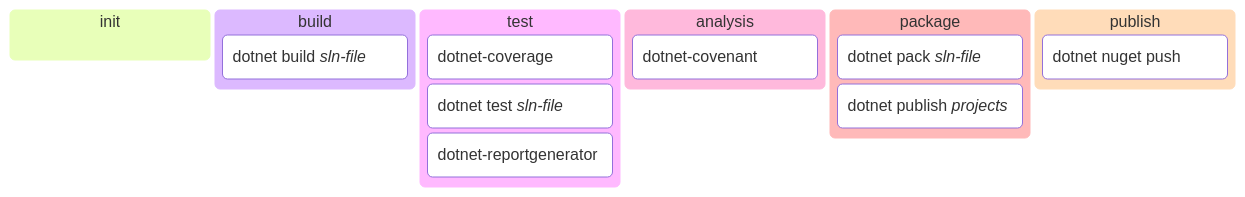
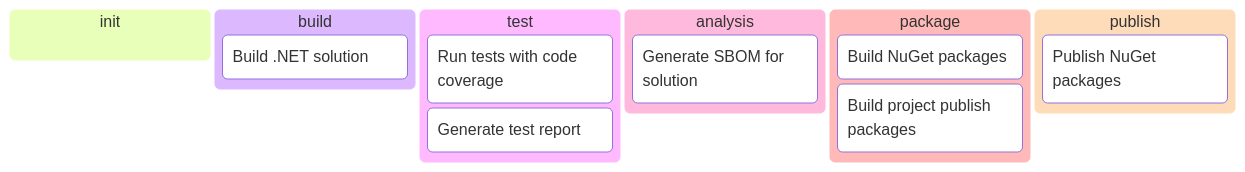
Before and after one commit to zerofailed/ZeroFailed.Build.DotNet: the diagram in README.md, drawn with Mermaid.

Commit message:
Update wording on kanban diagram

````diff
--- a/README.md
+++ b/README.md
@@ -30,17 +30,16 @@
 ```mermaid
 kanban
     init
     build
-        dnbuild[dotnet build *sln-file*]
+        dnbuild[Build .NET solution]
     test
-        dncoverage[dotnet-coverage]
-        dntest[dotnet test *sln-file*]
-        dnrepgen[dotnet-reportgenerator]
+        dntest[Run tests with code coverage]
+        dnrepgen[Generate test report]
     analysis
-        runcovenant[dotnet-covenant]
+        runcovenant[Generate SBOM for solution]
     package
-        dnpack[dotnet pack *sln-file*]
-        dnpublish[dotnet publish *projects*]
+        dnpack[Build NuGet packages]
+        dnpublish[Build project publish packages]
     publish
-        dnpub[dotnet nuget push]
+        dnpub[Publish NuGet packages]
 ```
````
